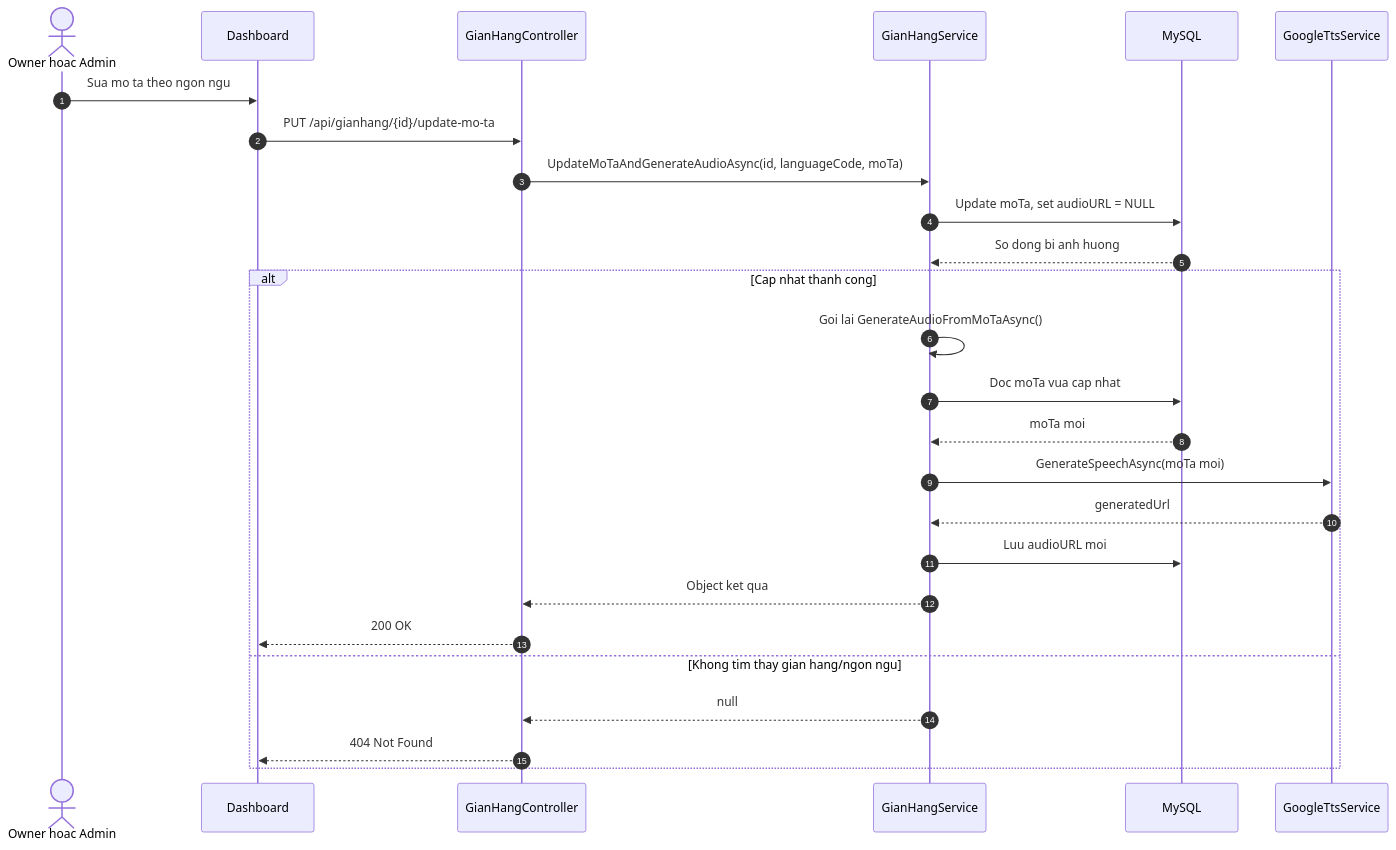
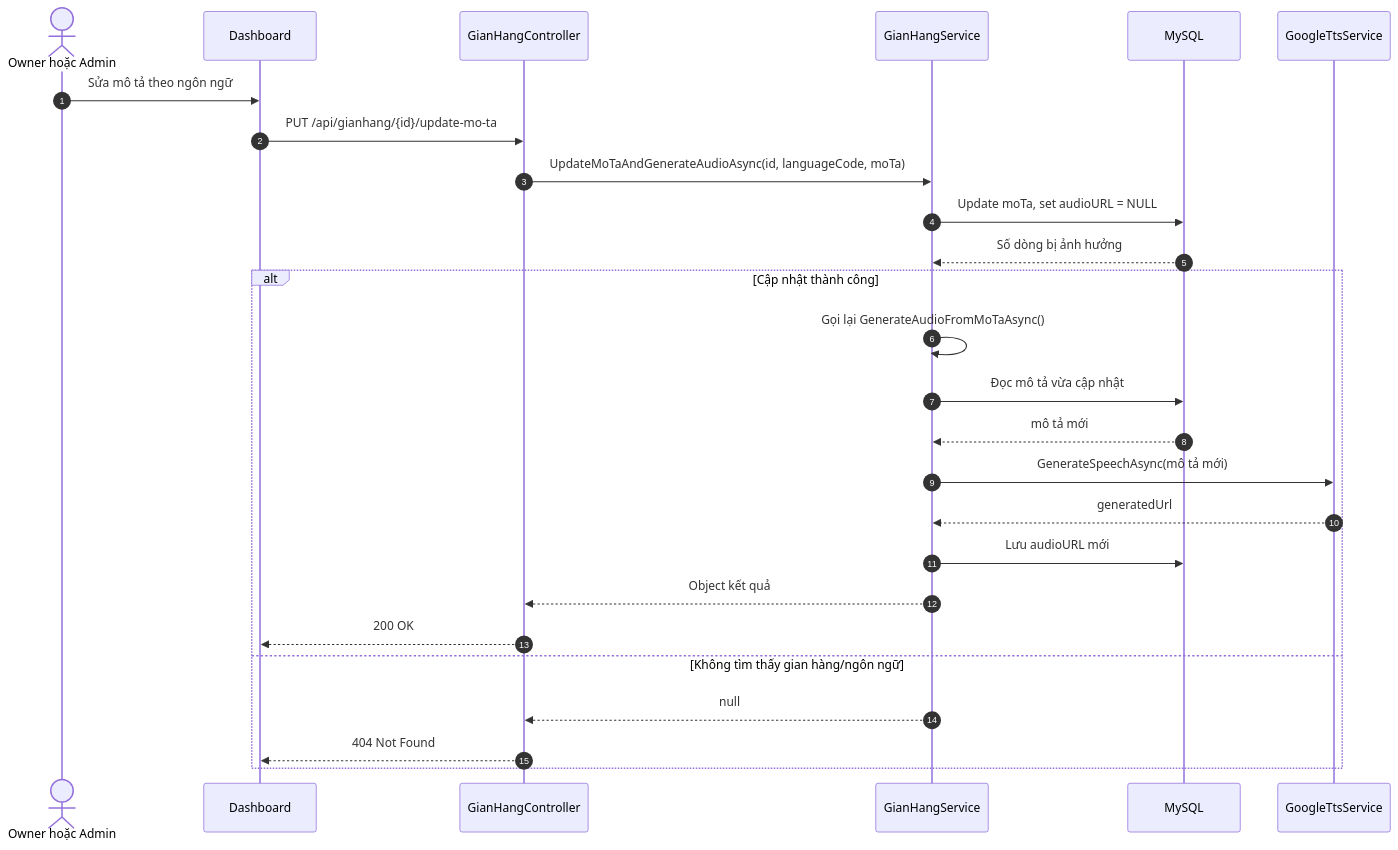
Diagram 14 of 17 in sequence-mermaid.md (ledat2412/C-SA-T), drawn with Mermaid before and after one commit. The commit also changed other lines of this file and 38 other files, not shown here.

````diff
--- a/sequence-mermaid.md
+++ b/sequence-mermaid.md
@@ -438,30 +508,30 @@
 ```mermaid
 sequenceDiagram
     autonumber
-    actor Staff as Owner hoac Admin
+    actor Staff as Owner hoặc Admin
     participant UI as Dashboard
     participant GianHangCtl as GianHangController
     participant GianHangSvc as GianHangService
     participant DB as MySQL
     participant TTS as GoogleTtsService
 
-    Staff->>UI: Sua mo ta theo ngon ngu
+    Staff->>UI: Sửa mô tả theo ngôn ngữ
     UI->>GianHangCtl: PUT /api/gianhang/{id}/update-mo-ta
     GianHangCtl->>GianHangSvc: UpdateMoTaAndGenerateAudioAsync(id, languageCode, moTa)
     GianHangSvc->>DB: Update moTa, set audioURL = NULL
-    DB-->>GianHangSvc: So dong bi anh huong
+    DB-->>GianHangSvc: Số dòng bị ảnh hưởng
 
-    alt Cap nhat thanh cong
-        GianHangSvc->>GianHangSvc: Goi lai GenerateAudioFromMoTaAsync()
-        GianHangSvc->>DB: Doc moTa vua cap nhat
-        DB-->>GianHangSvc: moTa moi
-        GianHangSvc->>TTS: GenerateSpeechAsync(moTa moi)
+    alt Cập nhật thành công
+        GianHangSvc->>GianHangSvc: Gọi lại GenerateAudioFromMoTaAsync()
+        GianHangSvc->>DB: Đọc mô tả vừa cập nhật
+        DB-->>GianHangSvc: mô tả mới
+        GianHangSvc->>TTS: GenerateSpeechAsync(mô tả mới)
         TTS-->>GianHangSvc: generatedUrl
-        GianHangSvc->>DB: Luu audioURL moi
-        GianHangSvc-->>GianHangCtl: Object ket qua
+        GianHangSvc->>DB: Lưu audioURL mới
+        GianHangSvc-->>GianHangCtl: Object kết quả
         GianHangCtl-->>UI: 200 OK
-    else Khong tim thay gian hang/ngon ngu
+    else Không tìm thấy gian hàng/ngôn ngữ
         GianHangSvc-->>GianHangCtl: null
         GianHangCtl-->>UI: 404 Not Found
     end
 ```
````
